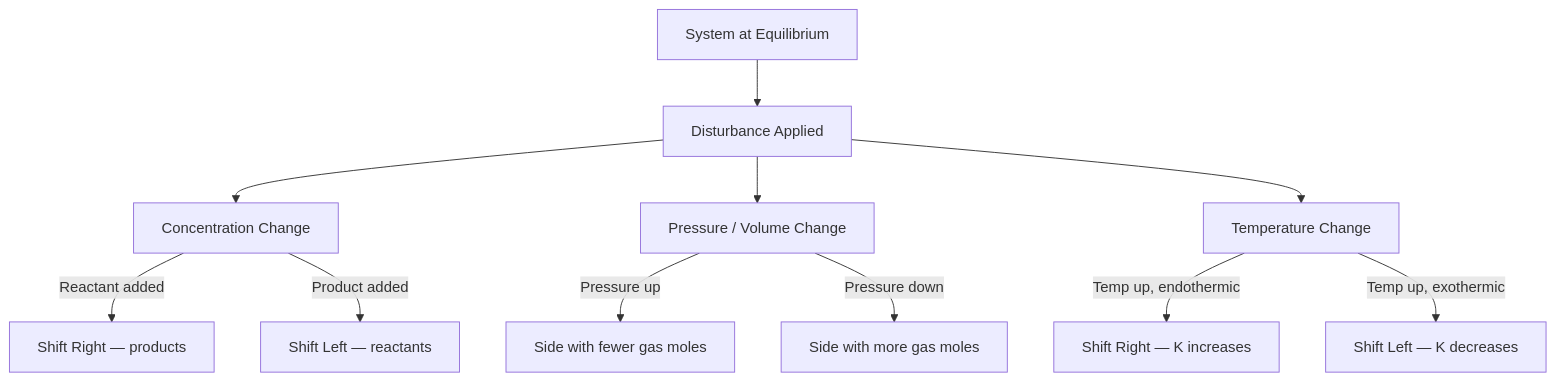
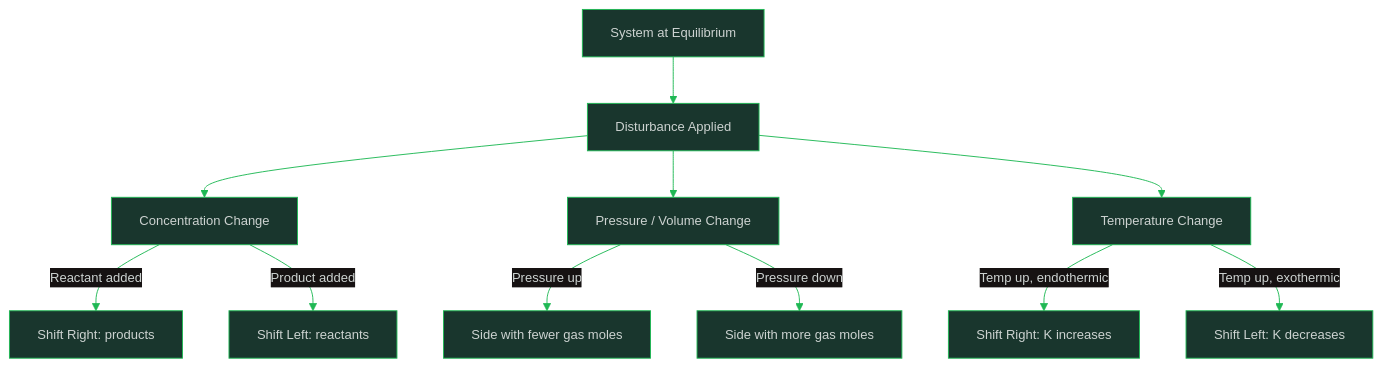
Before and after one commit to oat431/general-knowledge: the diagram in Science/Advance/Chemistry/09_Chemical_Equilibrium.md, drawn with Mermaid. The commit also changed other lines of this file and 113 other files, not shown here.

````diff
--- a/Science/Advance/Chemistry/09_Chemical_Equilibrium.md
+++ b/Science/Advance/Chemistry/09_Chemical_Equilibrium.md
@@ -112,13 +112,14 @@
 ```mermaid
+%%{init: {'theme':'base','themeVariables':{'primaryColor':'#19362D','primaryTextColor':'#CDD3D1','primaryBorderColor':'#1FB854','lineColor':'#1FB854','background':'#1B1717','mainBkg':'#19362D','clusterBkg':'#161212','edgeLabelBackground':'#161212','titleColor':'#1FB854','fontSize':'14px'}}}%%
 flowchart TD
     A["System at Equilibrium"] --> B["Disturbance Applied"]
     B --> C["Concentration Change"]
     B --> D["Pressure / Volume Change"]
     B --> E["Temperature Change"]
-    C -->|"Reactant added"| F["Shift Right — products"]
-    C -->|"Product added"| G["Shift Left — reactants"]
+    C -->|"Reactant added"| F["Shift Right: products"]
+    C -->|"Product added"| G["Shift Left: reactants"]
     D -->|"Pressure up"| H["Side with fewer gas moles"]
     D -->|"Pressure down"| I["Side with more gas moles"]
-    E -->|"Temp up, endothermic"| J["Shift Right — K increases"]
-    E -->|"Temp up, exothermic"| K["Shift Left — K decreases"]
+    E -->|"Temp up, endothermic"| J["Shift Right: K increases"]
+    E -->|"Temp up, exothermic"| K["Shift Left: K decreases"]
 ```
````
